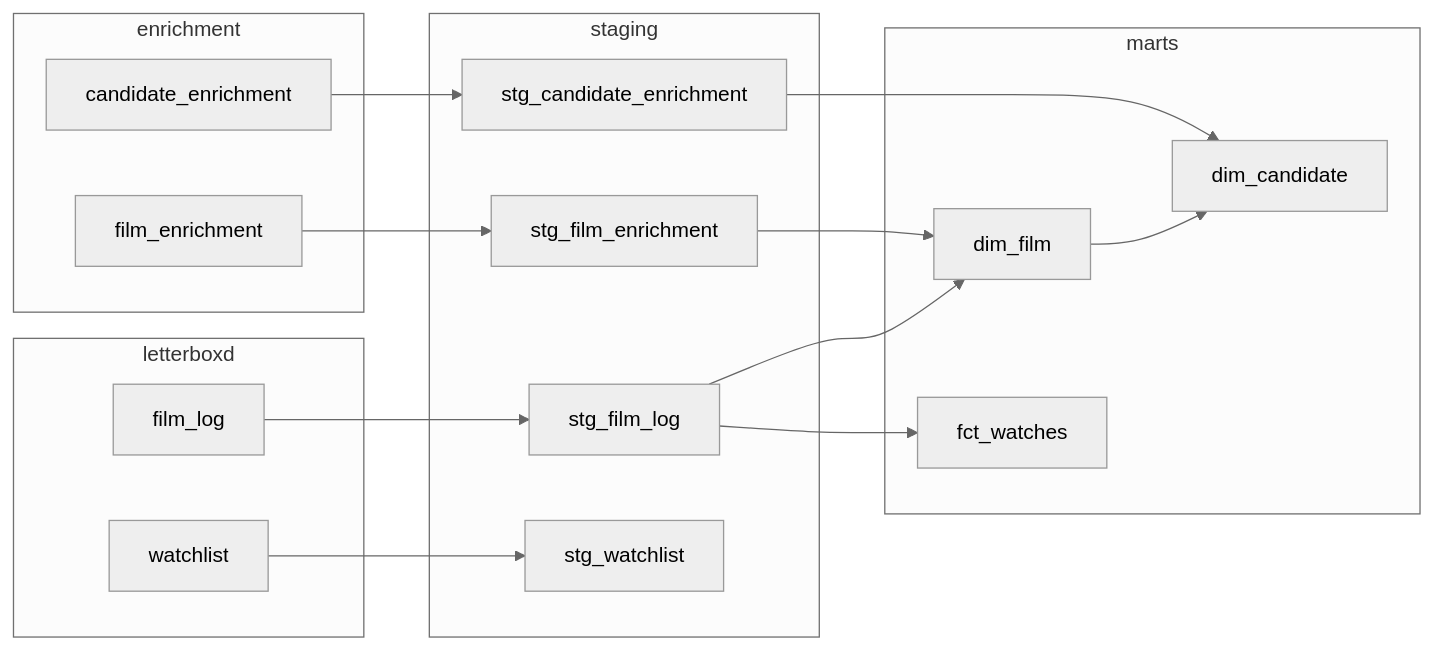
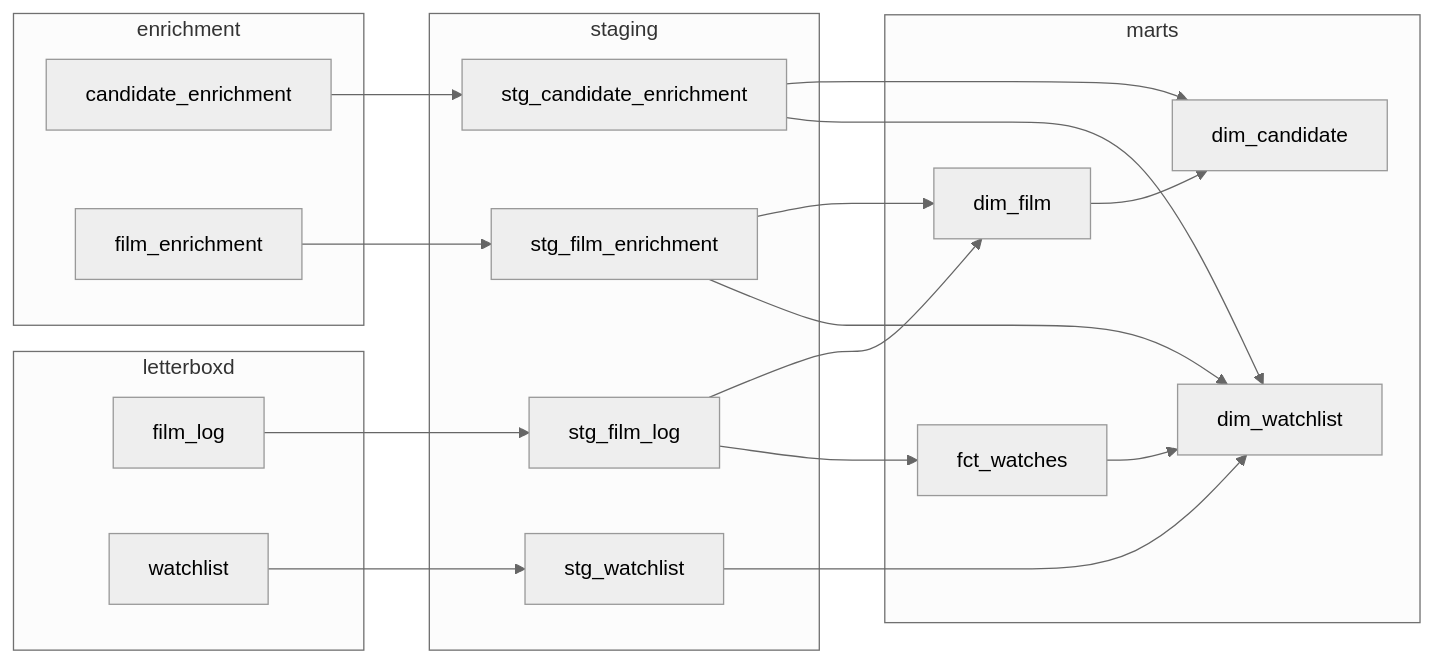
Before and after one commit to FeatherAnalytics/cinemetrics: the second of 3 diagrams in docs/ARCHITECTURE.md, drawn with Mermaid (neutral theme). The commit also changed other lines of this file and 52 other files, not shown here.

````diff
--- a/docs/ARCHITECTURE.md
+++ b/docs/ARCHITECTURE.md
@@ -79,31 +79,36 @@
 ```mermaid
 flowchart LR
   subgraph letterboxd[letterboxd]
     film_log
     watchlist
   end
   subgraph enrichment[enrichment]
     candidate_enrichment
     film_enrichment
   end
   subgraph staging[staging]
     stg_candidate_enrichment
     stg_film_enrichment
     stg_film_log
     stg_watchlist
   end
   subgraph marts[marts]
     dim_candidate
     dim_film
+    dim_watchlist
     fct_watches
   end
   candidate_enrichment --> stg_candidate_enrichment
   dim_film --> dim_candidate
+  fct_watches --> dim_watchlist
   film_enrichment --> stg_film_enrichment
   film_log --> stg_film_log
   stg_candidate_enrichment --> dim_candidate
+  stg_candidate_enrichment --> dim_watchlist
   stg_film_enrichment --> dim_film
+  stg_film_enrichment --> dim_watchlist
   stg_film_log --> dim_film
   stg_film_log --> fct_watches
+  stg_watchlist --> dim_watchlist
   watchlist --> stg_watchlist
 ```
````
